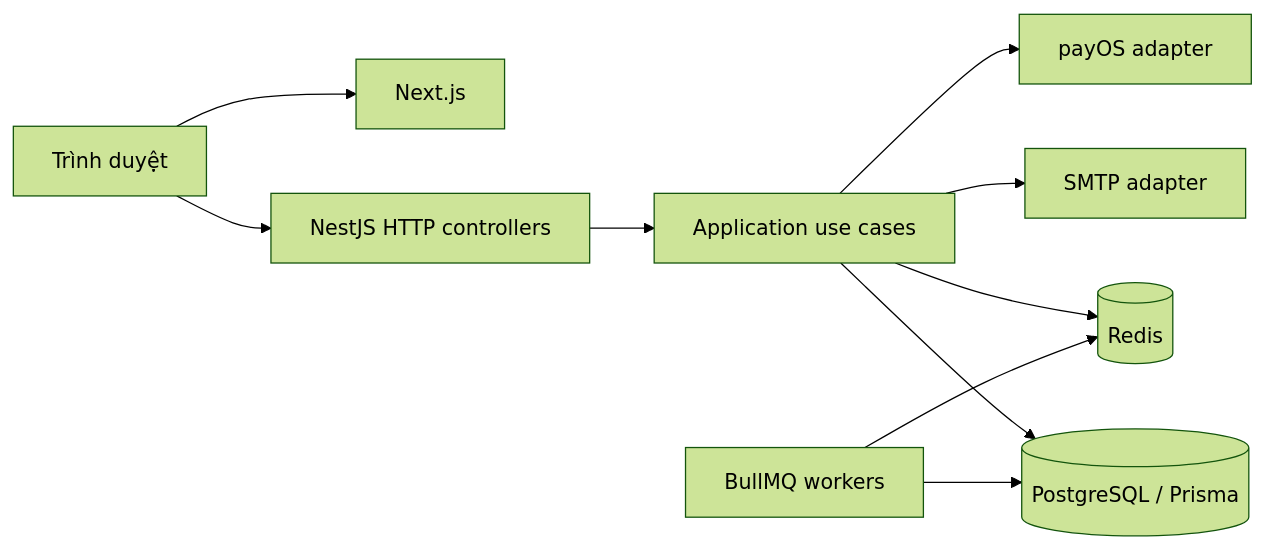
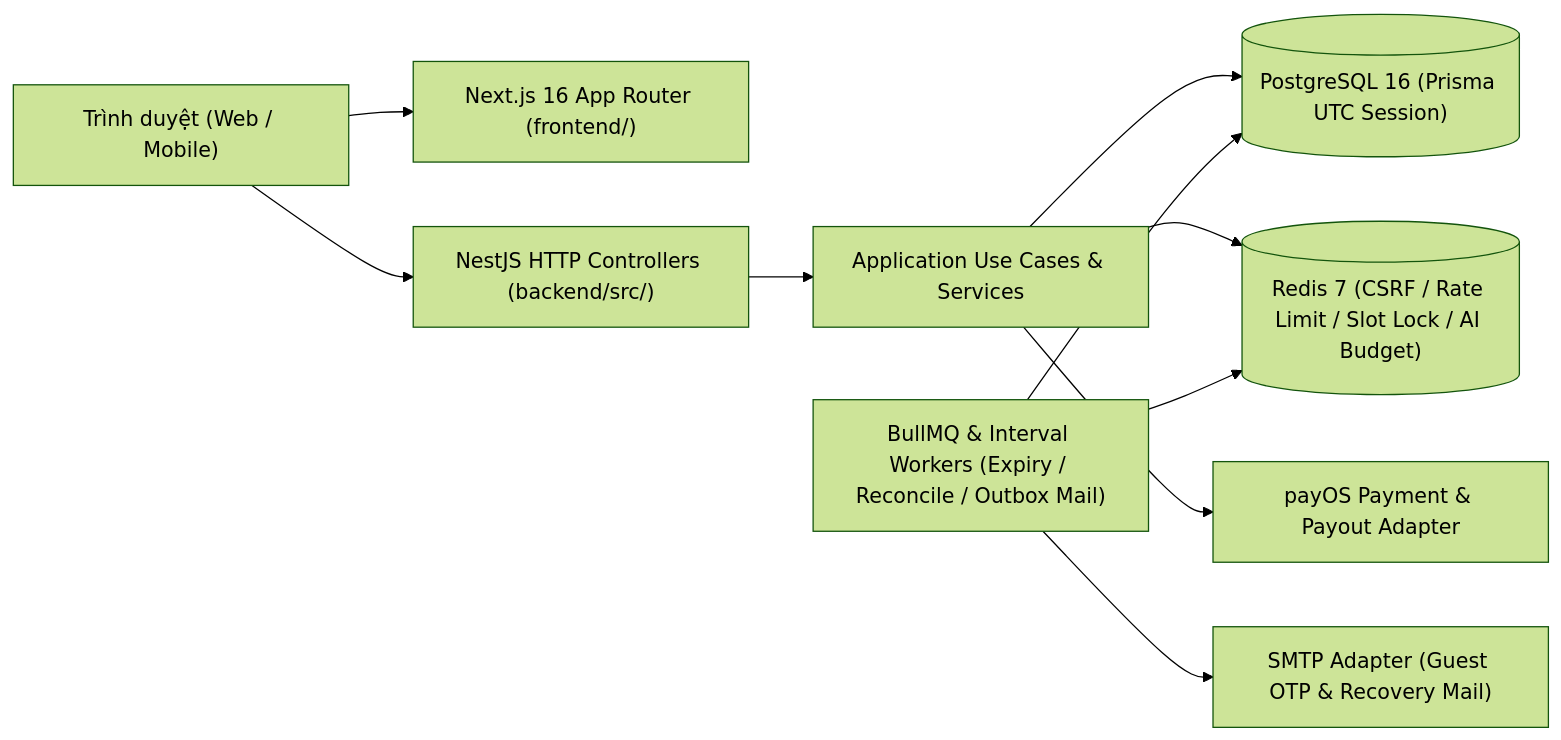
Before and after one commit to QuanVu512/BookingManagement: the diagram in docs/ARCHITECTURE.md, drawn with Mermaid (forest theme). The commit also changed other lines of this file and 2 other files, not shown here.

Commit message:
docs(architecture): sync system, backend, and frontend architecture docs with current codebase

````diff
--- a/docs/ARCHITECTURE.md
+++ b/docs/ARCHITECTURE.md
@@ -7,12 +7,12 @@
 ```mermaid
 flowchart LR
-    Browser[Trình duyệt] --> Web[Next.js]
-    Browser --> API[NestJS HTTP controllers]
-    API --> UseCases[Application use cases]
-    UseCases --> DB[(PostgreSQL / Prisma)]
-    UseCases --> Redis[(Redis)]
-    UseCases --> SMTP[SMTP adapter]
-    UseCases --> Provider[payOS adapter]
-    Workers[BullMQ workers] --> Redis
+    Browser["Trình duyệt (Web / Mobile)"] --> Web["Next.js 16 App Router (frontend/)"]
+    Browser --> API["NestJS HTTP Controllers (backend/src/)"]
+    API --> UseCases["Application Use Cases & Services"]
+    UseCases --> DB[("PostgreSQL 16 (Prisma UTC Session)")]
+    UseCases --> Redis[("Redis 7 (CSRF / Rate Limit / Slot Lock / AI Budget)")]
+    UseCases --> Provider["payOS Payment & Payout Adapter"]
+    Workers["BullMQ & Interval Workers (Expiry / Reconcile / Outbox Mail)"] --> Redis
     Workers --> DB
+    Workers --> SMTP["SMTP Adapter (Guest OTP & Recovery Mail)"]
 ```
````
